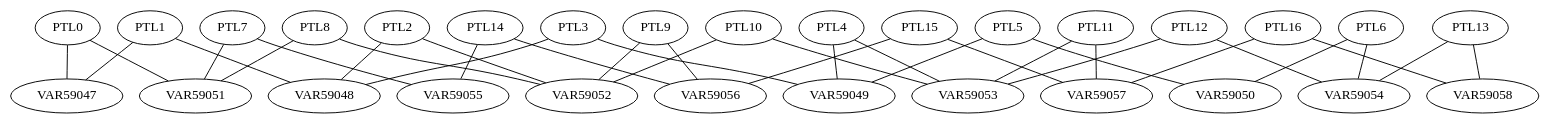
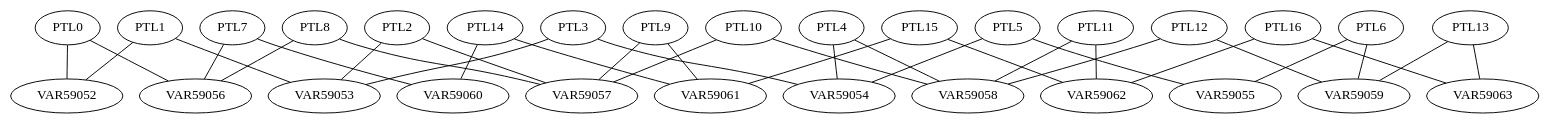
One commit to hmetaxa/MixLDA changed the diagram in grmm-model.dot. Above: the diagram before and after it, drawn with Graphviz. The commit also changed 18 other files, not shown here.

```diff
--- a/grmm-model.dot
+++ b/grmm-model.dot
@@ -1,70 +1,70 @@
 graph model {
-PTL0 -- VAR59047;
+PTL0 -- VAR59052;
 
-PTL0 -- VAR59051;
+PTL0 -- VAR59056;
 
-PTL1 -- VAR59047;
+PTL1 -- VAR59052;
 
-PTL1 -- VAR59048;
+PTL1 -- VAR59053;
 
-PTL2 -- VAR59048;
+PTL2 -- VAR59053;
 
-PTL2 -- VAR59052;
+PTL2 -- VAR59057;
 
-PTL3 -- VAR59048;
+PTL3 -- VAR59053;
 
-PTL3 -- VAR59049;
+PTL3 -- VAR59054;
 
-PTL4 -- VAR59049;
+PTL4 -- VAR59054;
 
-PTL4 -- VAR59053;
+PTL4 -- VAR59058;
 
-PTL5 -- VAR59049;
+PTL5 -- VAR59054;
 
-PTL5 -- VAR59050;
+PTL5 -- VAR59055;
 
-PTL6 -- VAR59050;
+PTL6 -- VAR59055;
 
-PTL6 -- VAR59054;
+PTL6 -- VAR59059;
 
-PTL7 -- VAR59051;
+PTL7 -- VAR59056;
 
-PTL7 -- VAR59055;
+PTL7 -- VAR59060;
 
-PTL8 -- VAR59051;
+PTL8 -- VAR59056;
 
-PTL8 -- VAR59052;
+PTL8 -- VAR59057;
 
-PTL9 -- VAR59052;
+PTL9 -- VAR59057;
 
-PTL9 -- VAR59056;
+PTL9 -- VAR59061;
 
-PTL10 -- VAR59052;
+PTL10 -- VAR59057;
 
-PTL10 -- VAR59053;
+PTL10 -- VAR59058;
 
-PTL11 -- VAR59053;
+PTL11 -- VAR59058;
 
-PTL11 -- VAR59057;
+PTL11 -- VAR59062;
 
-PTL12 -- VAR59053;
+PTL12 -- VAR59058;
 
-PTL12 -- VAR59054;
+PTL12 -- VAR59059;
 
-PTL13 -- VAR59054;
+PTL13 -- VAR59059;
 
-PTL13 -- VAR59058;
+PTL13 -- VAR59063;
 
-PTL14 -- VAR59055;
+PTL14 -- VAR59060;
 
-PTL14 -- VAR59056;
+PTL14 -- VAR59061;
 
-PTL15 -- VAR59056;
+PTL15 -- VAR59061;
 
-PTL15 -- VAR59057;
+PTL15 -- VAR59062;
 
-PTL16 -- VAR59057;
+PTL16 -- VAR59062;
 
-PTL16 -- VAR59058;
+PTL16 -- VAR59063;
 
 }
```
